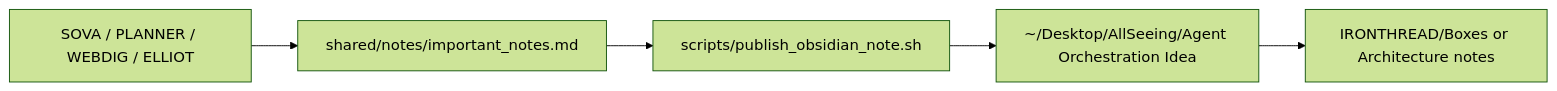
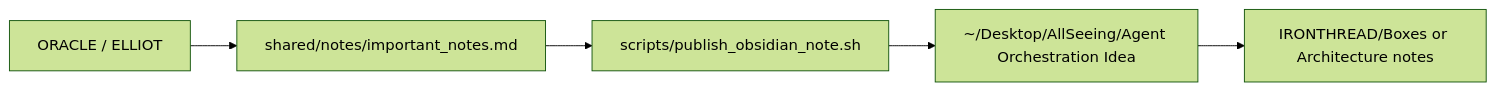
The ninth of 9 diagrams in docs/INFRA_WIREFRAME.md (K3m1st/IRONTHREAD), drawn with Mermaid (forest theme) before and after one commit. The commit also changed other lines of this file and 39 other files, not shown here.

````diff
--- a/docs/INFRA_WIREFRAME.md
+++ b/docs/INFRA_WIREFRAME.md
@@ -220,7 +201,7 @@
 ```mermaid
 flowchart LR
-    A["SOVA / PLANNER / WEBDIG / ELLIOT"] --> B["shared/notes/important_notes.md"]
+    A["ORACLE / ELLIOT"] --> B["shared/notes/important_notes.md"]
     B --> C["scripts/publish_obsidian_note.sh"]
     C --> D["~/Desktop/AllSeeing/Agent Orchestration Idea"]
     D --> E["IRONTHREAD/Boxes or Architecture notes"]
 ```
````
